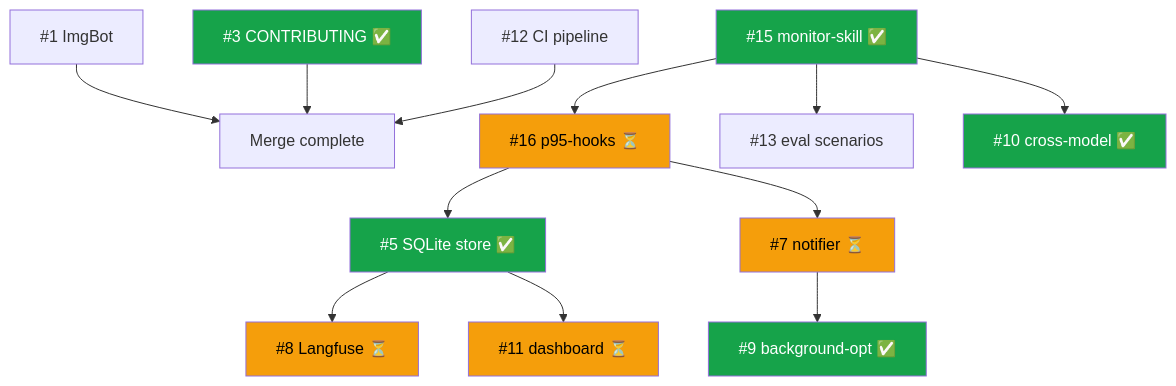
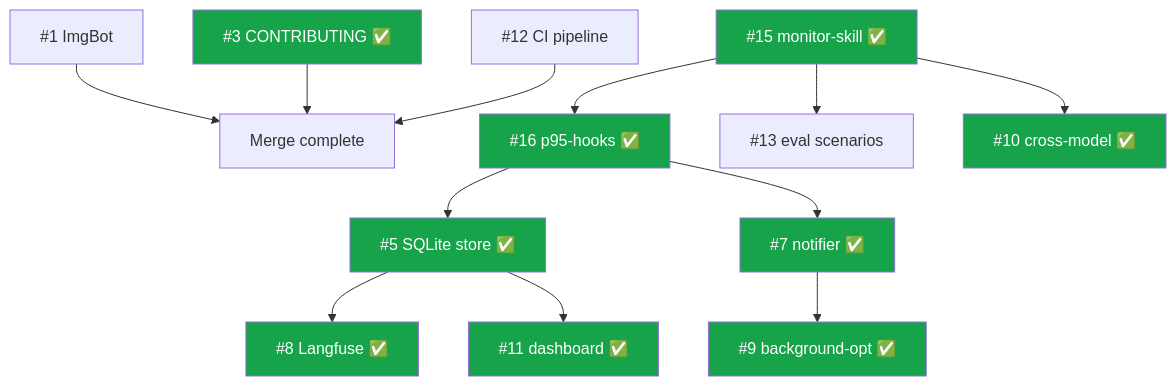
One commit to AndreJorgeLopes/proof-of-skill changed the first of 2 diagrams in docs/coordination-2026-05-11.md. Above: the diagram before and after it, drawn with Mermaid. The commit also changed other lines of this file, not shown here.

Commit message:
fix: reconcile coordination doc statuses with task YAML files
All 4 fixed PRs (#7, #8, #11, #16) now show reviewed status
consistently across task YAML, coordination doc, and merge roadmap.

````diff
--- a/docs/coordination-2026-05-11.md
+++ b/docs/coordination-2026-05-11.md
@@ -81,24 +81,24 @@
 ```mermaid
 graph TD
     PR1["#1 ImgBot"] --> DONE["Merge complete"]
     PR3["#3 CONTRIBUTING ✅"] --> DONE
     PR12["#12 CI pipeline"] --> DONE
-    PR15["#15 monitor-skill ✅"] --> PR16["#16 p95-hooks ⏳"]
+    PR15["#15 monitor-skill ✅"] --> PR16["#16 p95-hooks ✅"]
     PR15 --> PR13["#13 eval scenarios"]
     PR16 --> PR5["#5 SQLite store ✅"]
-    PR16 --> PR7["#7 notifier ⏳"]
-    PR5 --> PR8["#8 Langfuse ⏳"]
-    PR5 --> PR11["#11 dashboard ⏳"]
+    PR16 --> PR7["#7 notifier ✅"]
+    PR5 --> PR8["#8 Langfuse ✅"]
+    PR5 --> PR11["#11 dashboard ✅"]
     PR7 --> PR9["#9 background-opt ✅"]
     PR15 --> PR10["#10 cross-model ✅"]
 
     style PR3 fill:#16a34a,color:#fff
     style PR15 fill:#16a34a,color:#fff
     style PR5 fill:#16a34a,color:#fff
     style PR9 fill:#16a34a,color:#fff
     style PR10 fill:#16a34a,color:#fff
-    style PR16 fill:#f59e0b,color:#000
-    style PR7 fill:#f59e0b,color:#000
-    style PR8 fill:#f59e0b,color:#000
-    style PR11 fill:#f59e0b,color:#000
+    style PR16 fill:#16a34a,color:#fff
+    style PR7 fill:#16a34a,color:#fff
+    style PR8 fill:#16a34a,color:#fff
+    style PR11 fill:#16a34a,color:#fff
 ```
````
